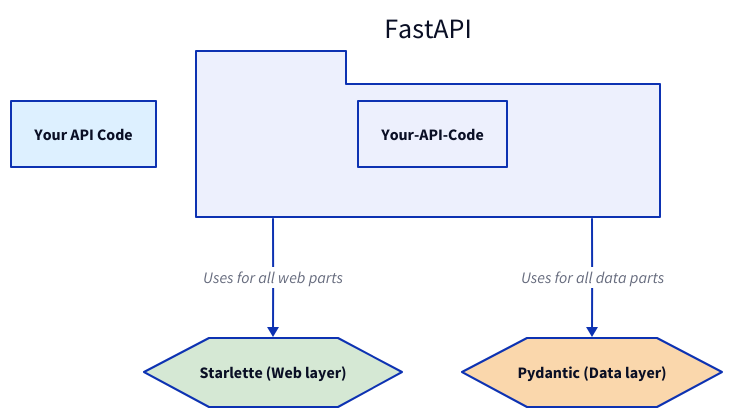
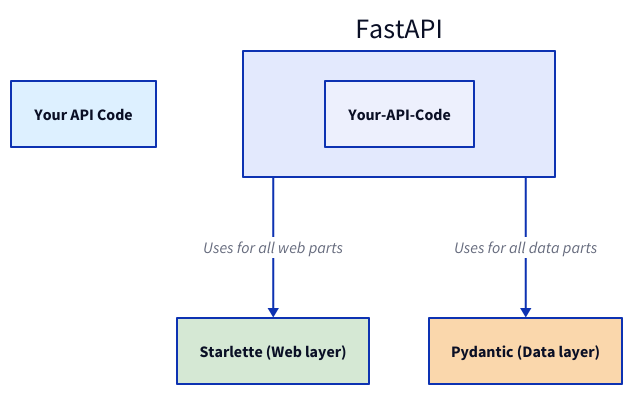
Before and after one commit to lban2049/fastapi: the diagram in .aigne/doc-smith/docs/overview.md, drawn with D2. The commit also changed other lines of this file and 42 other files, not shown here.

````diff
--- a/.aigne/doc-smith/docs/overview.md
+++ b/.aigne/doc-smith/docs/overview.md
@@ -39,30 +39,30 @@
 ```d2
 direction: down
 
 "Your-API-Code": {
   label: "Your API Code"
   shape: rectangle
   style.fill: "#DDF0FF"
 }
 
 FastAPI: {
-  shape: package
+  shape: rectangle
   "Your-API-Code"
 }
 
 Starlette: {
-  shape: hexagon
+  shape: rectangle
   label: "Starlette (Web layer)"
   style.fill: "#D5E8D4"
 }
 
 Pydantic: {
-  shape: hexagon
+  shape: rectangle
   label: "Pydantic (Data layer)"
   style.fill: "#FAD7AC"
 }
 
 FastAPI -> Starlette: "Uses for all web parts"
 FastAPI -> Pydantic: "Uses for all data parts"
 
 ```
````
